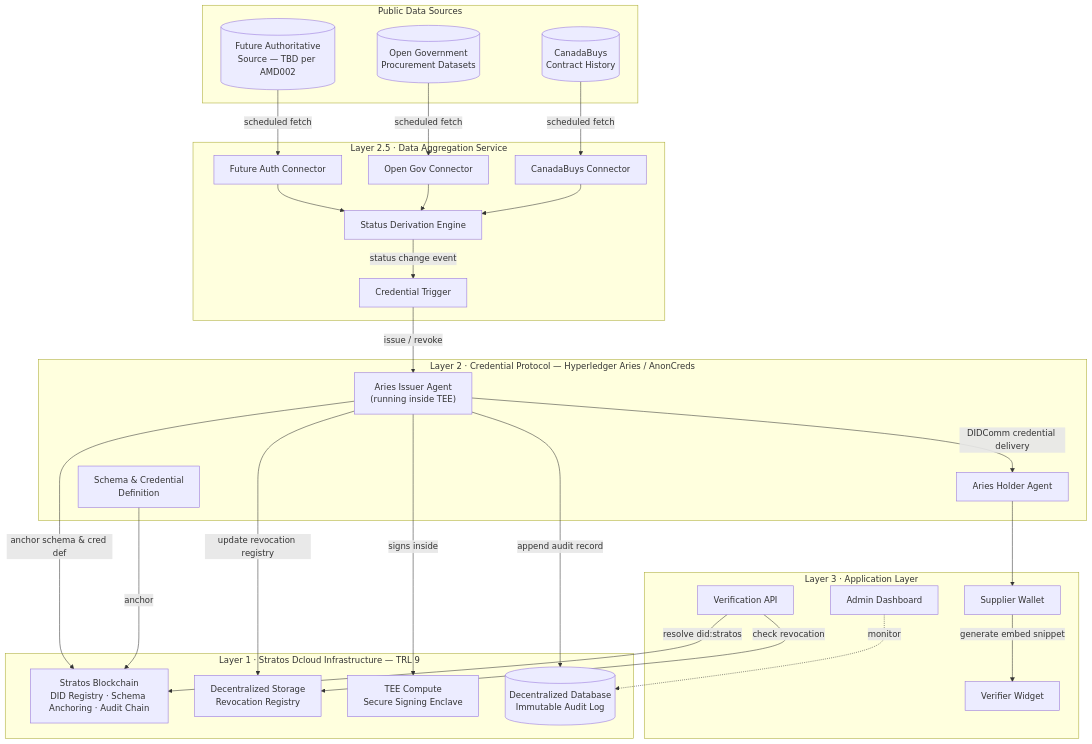
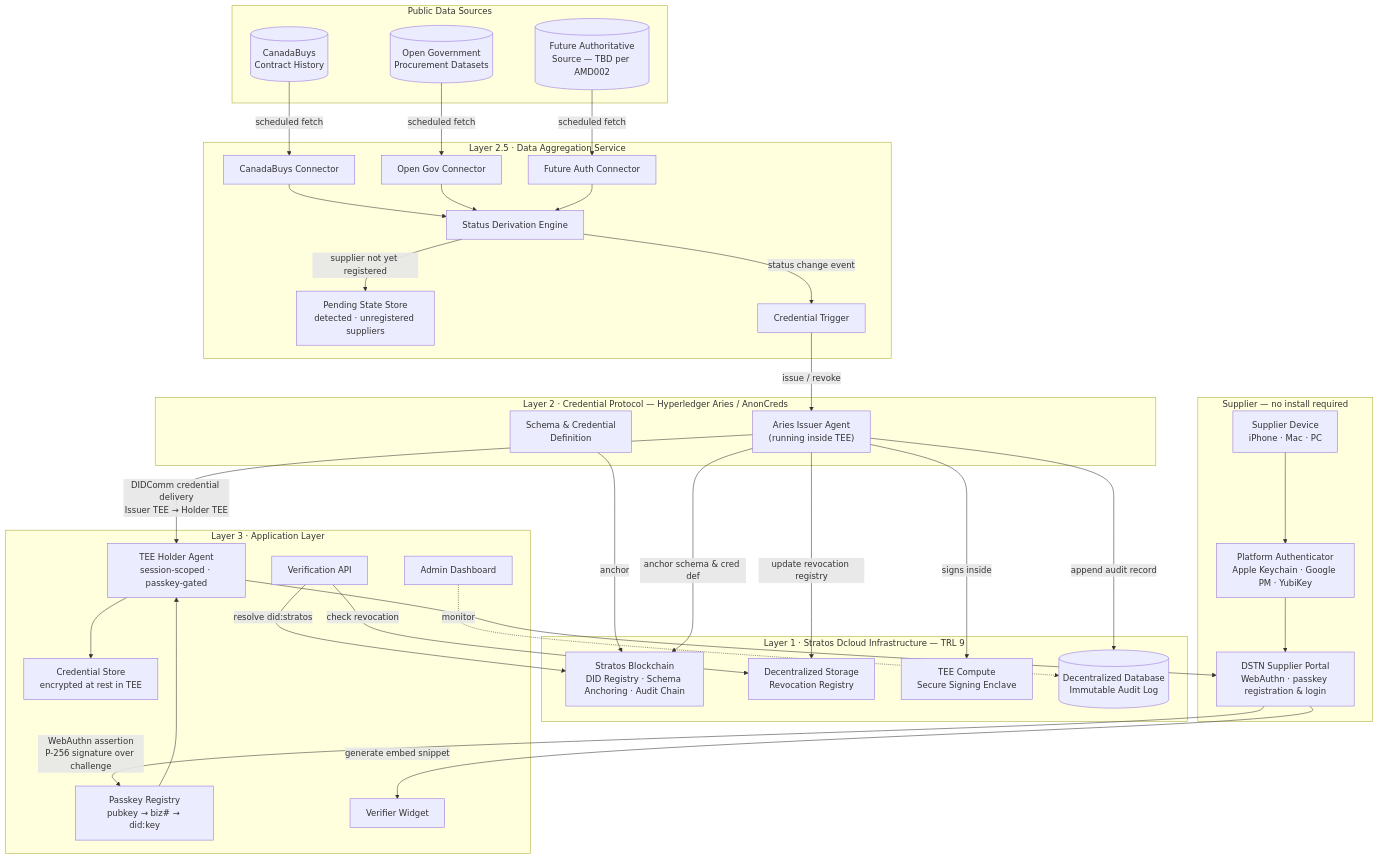
The first of 9 diagrams in docs/superpowers/specs/2026-06-11-dstn-technical-proposal-design.md (sirius-zuo/dstn), drawn with Mermaid before and after one commit. The commit also changed other lines of this file and 1 other file, not shown here.

First line of the commit message:
Integrate passkey-gated TEE holder design into main technical proposal

````diff
--- a/docs/superpowers/specs/2026-06-11-dstn-technical-proposal-design.md
+++ b/docs/superpowers/specs/2026-06-11-dstn-technical-proposal-design.md
@@ -80,58 +92,71 @@
 ```mermaid
 graph TB
     subgraph EXT["Public Data Sources"]
         CB[(CanadaBuys\nContract History)]
         OG[(Open Government\nProcurement Datasets)]
         FA[(Future Authoritative\nSource — TBD per AMD002)]
     end
 
+    subgraph SUP["Supplier — no install required"]
+        DEV[Supplier Device\niPhone · Mac · PC]
+        PA[Platform Authenticator\nApple Keychain · Google PM · YubiKey]
+        SP[DSTN Supplier Portal\nWebAuthn · passkey registration & login]
+        DEV --> PA --> SP
+    end
+
     subgraph L25["Layer 2.5 · Data Aggregation Service"]
         CBC[CanadaBuys Connector]
         OGC[Open Gov Connector]
         FAC[Future Auth Connector]
         SDE[Status Derivation Engine]
+        PSS[Pending State Store\ndetected · unregistered suppliers]
         CT[Credential Trigger]
     end
 
     subgraph L2["Layer 2 · Credential Protocol — Hyperledger Aries / AnonCreds"]
         IA["Aries Issuer Agent\n(running inside TEE)"]
-        HA[Aries Holder Agent]
         SDEF[Schema & Credential\nDefinition]
     end
 
     subgraph L1["Layer 1 · Stratos Dcloud Infrastructure — TRL 9"]
         BC[Stratos Blockchain\nDID Registry · Schema Anchoring · Audit Chain]
         DS[Decentralized Storage\nRevocation Registry]
         TEE[TEE Compute\nSecure Signing Enclave]
         DB[(Decentralized Database\nImmutable Audit Log)]
     end
 
     subgraph L3["Layer 3 · Application Layer"]
+        PR[Passkey Registry\npubkey → biz# → did:key]
+        THA[TEE Holder Agent\nsession-scoped · passkey-gated]
+        CS[Credential Store\nencrypted at rest in TEE]
         AD[Admin Dashboard]
-        SW[Supplier Wallet]
         VW[Verifier Widget]
         API[Verification API]
     end
 
     CB -->|scheduled fetch| CBC
     OG -->|scheduled fetch| OGC
     FA -->|scheduled fetch| FAC
     CBC --> SDE
     OGC --> SDE
     FAC --> SDE
+    SDE -->|supplier not yet registered| PSS
     SDE -->|status change event| CT
     CT -->|issue / revoke| IA
+
+    SP -->|WebAuthn assertion\nP-256 signature over challenge| PR
+    PR --> THA --> CS
+    THA --> SP
 
     IA -->|signs inside| TEE
     SDEF -->|anchor| BC
     IA -->|anchor schema & cred def| BC
     IA -->|update revocation registry| DS
+    IA -->|DIDComm credential delivery\nIssuer TEE → Holder TEE| THA
     IA -->|append audit record| DB
-    IA -->|DIDComm credential delivery| HA
 
-    HA --> SW
-    SW -->|generate embed snippet| VW
+    SP -->|generate embed snippet| VW
     API -->|resolve did:stratos| BC
     API -->|check revocation| DS
     AD -.->|monitor| DB
 ```
````
